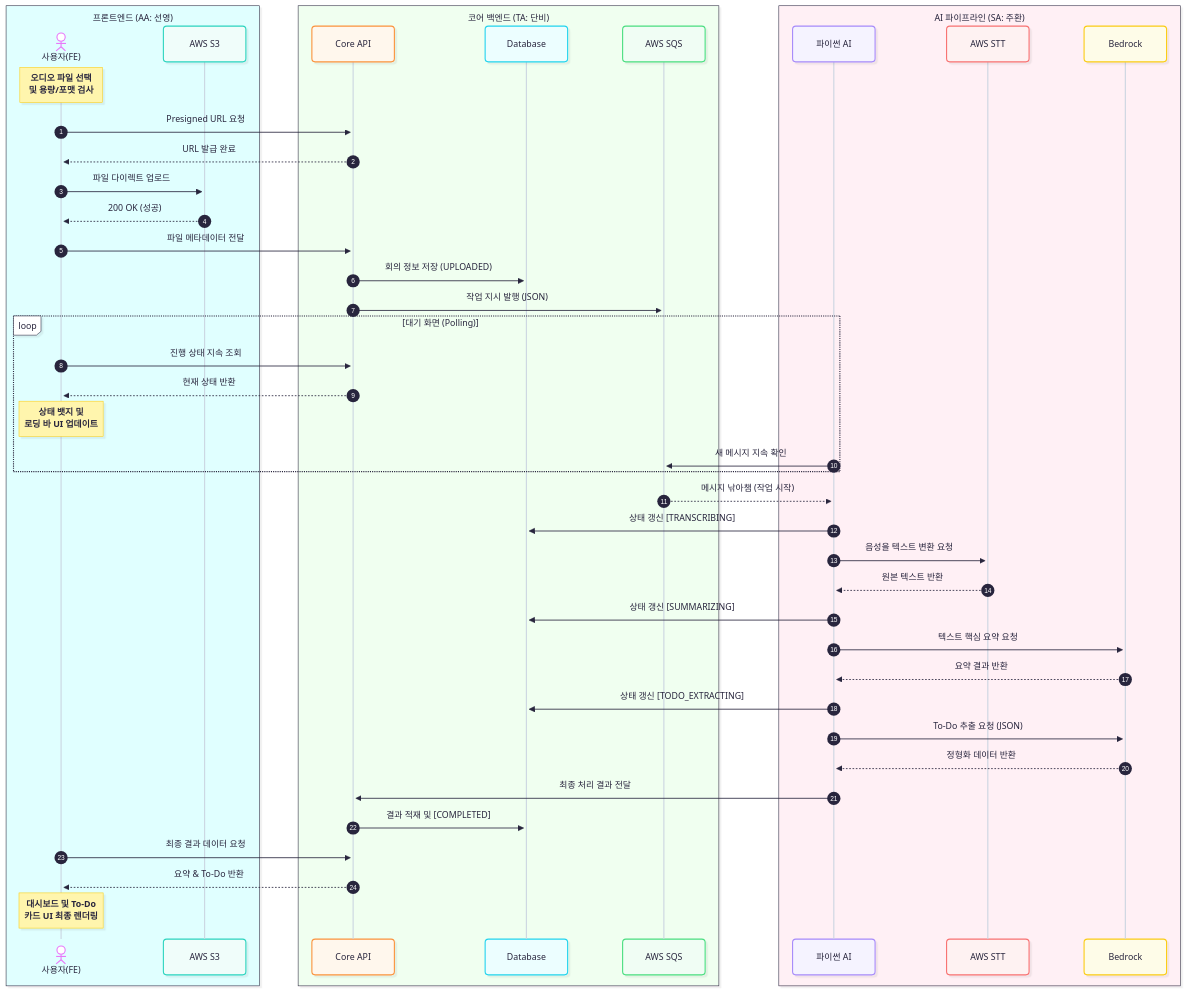
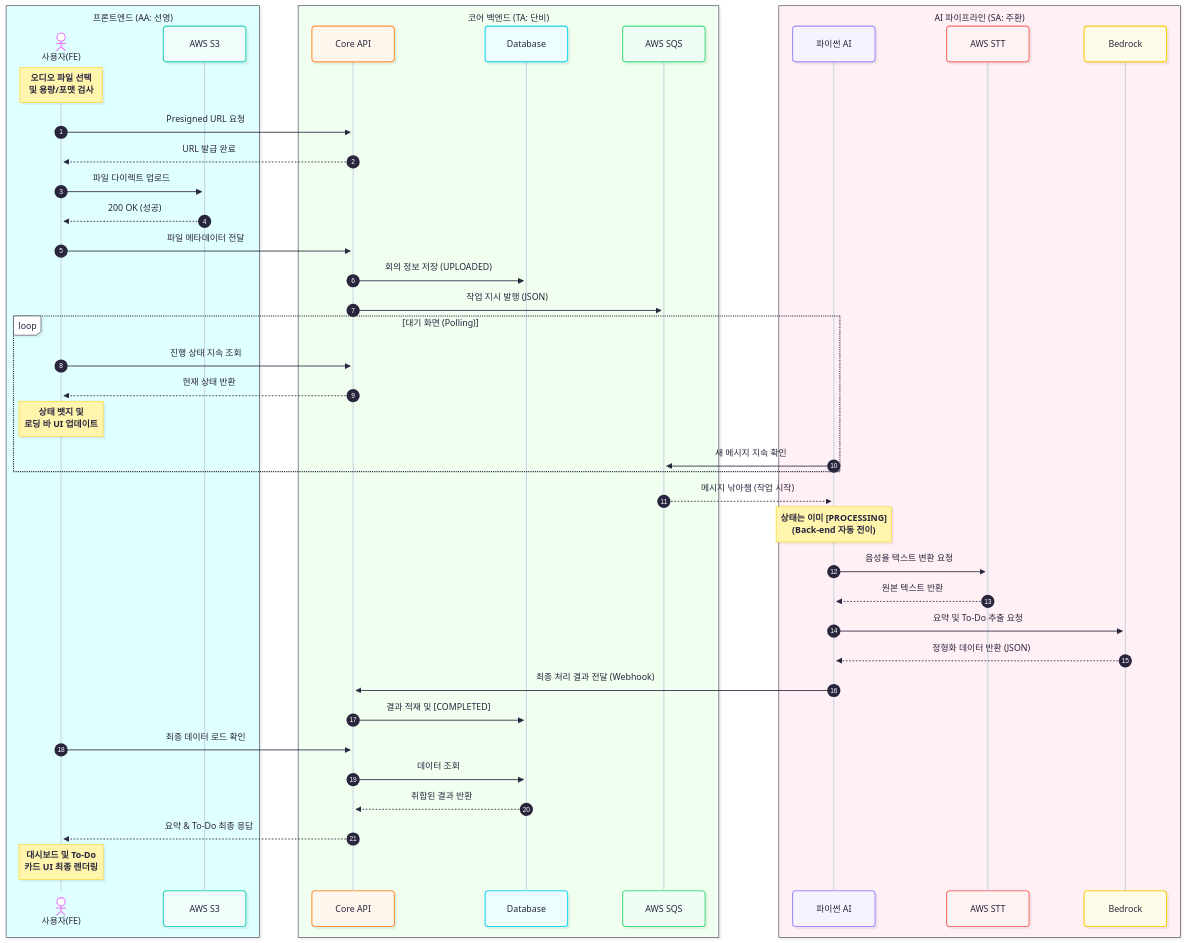
One commit to jinseonyeong087-ship-it/MeetUs changed the diagram in ai-pipeline/docs/ARCHITECTURE.md. Above: the diagram before and after it, drawn with Mermaid. The commit also changed other lines of this file and 14 other files, not shown here.

````diff
--- a/ai-pipeline/docs/ARCHITECTURE.md
+++ b/ai-pipeline/docs/ARCHITECTURE.md
@@ -36,70 +36,69 @@
 ```mermaid
 ---
 config:
   themeVariables:
     actorLineColor: '#cbd5e1'
   sequence:
     actorMargin: 100
     messageMargin: 50
     noteMargin: 10
   look: neo
   theme: redux-color
 ---
 sequenceDiagram
     autonumber
 
     box LightCyan 프론트엔드 (AA: 선영)
         actor Client as 사용자(FE)
         participant S3 as AWS S3
     end
 
     box Honeydew 코어 백엔드 (TA: 단비)
         participant Core as Core API
         participant DB as Database
         participant SQS as AWS SQS
     end
 
     box LavenderBlush AI 파이프라인 (SA: 주환)
         participant AI as 파이썬 AI
         participant STT as AWS STT
         participant LLM as Bedrock
     end
 
     %% 1단계: 업로드 준비
     Note over Client: 오디오 파일 선택<br/>및 용량/포맷 검사
     Client->>Core: Presigned URL 요청
     Core-->>Client: URL 발급 완료
 
     %% 2단계: 실제 파일 업로드
     Client->>S3: 파일 다이렉트 업로드
     S3-->>Client: 200 OK (성공)
     Client->>Core: 파일 메타데이터 전달
     Core->>DB: 회의 정보 저장 (UPLOADED)
     Core->>SQS: 작업 지시 발행 (JSON)
 
     %% 3단계: 비동기 대기
     loop 대기 화면 (Polling)
         Client->>Core: 진행 상태 지속 조회
         Core-->>Client: 현재 상태 반환
         Note over Client: 상태 뱃지 및<br/>로딩 바 UI 업데이트
         AI->>SQS: 새 메시지 지속 확인
     end
 
     %% 4단계: AI 엔진 작업
     SQS-->>AI: 메시지 낚아챔 (작업 시작)
-    AI->>DB: 상태 갱신 [TRANSCRIBING]
+    Note over AI: 상태는 이미 [PROCESSING] <br/>(Back-end 자동 전이)
     AI->>STT: 음성을 텍스트 변환 요청
     STT-->>AI: 원본 텍스트 반환
-    AI->>DB: 상태 갱신 [SUMMARIZING]
-    AI->>LLM: 텍스트 핵심 요약 요청
-    LLM-->>AI: 요약 결과 반환
-    AI->>DB: 상태 갱신 [TODO_EXTRACTING]
-    AI->>LLM: To-Do 추출 요청 (JSON)
-    LLM-->>AI: 정형화 데이터 반환
+    AI->>LLM: 요약 및 To-Do 추출 요청
+    LLM-->>AI: 정형화 데이터 반환 (JSON)
+    
     %% 5단계: 마무리
-    AI->>Core: 최종 처리 결과 전달
+    AI->>Core: 최종 처리 결과 전달 (Webhook)
     Core->>DB: 결과 적재 및 [COMPLETED]
-    Client->>Core: 최종 결과 데이터 요청
-    Core-->>Client: 요약 & To-Do 반환
+    Client->>Core: 최종 데이터 로드 확인
+    Core->>DB: 데이터 조회
+    DB-->>Core: 취합된 결과 반환
+    Core-->>Client: 요약 & To-Do 최종 응답
     Note over Client: 대시보드 및 To-Do<br/>카드 UI 최종 렌더링
 ```
````
